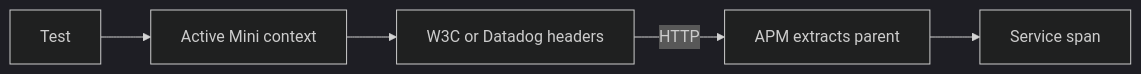
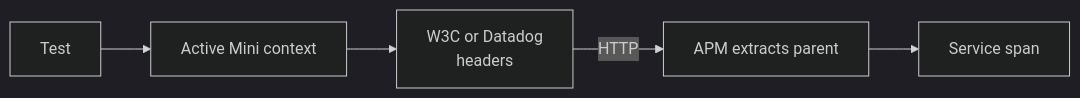
Before and after one commit to tonyredondo/dd-ci-testing-poc: the sixth of 6 diagrams in docs/architecture.md, drawn with Mermaid (dark theme). The commit also changed other lines of this file and 4 other files, not shown here.

Commit message:
Keep documentation diagram labels readable

````diff
--- a/docs/architecture.md
+++ b/docs/architecture.md
@@ -253,7 +253,7 @@
 ```mermaid
 flowchart LR
     Test["Test"] --> Context["Active Mini context"]
-    Context --> Headers["W3C or Datadog headers"]
+    Context --> Headers["W3C or Datadog<br/>headers"]
     Headers -->|HTTP| Extract["APM extracts parent"]
     Extract --> Span["Service span"]
 ```
````
